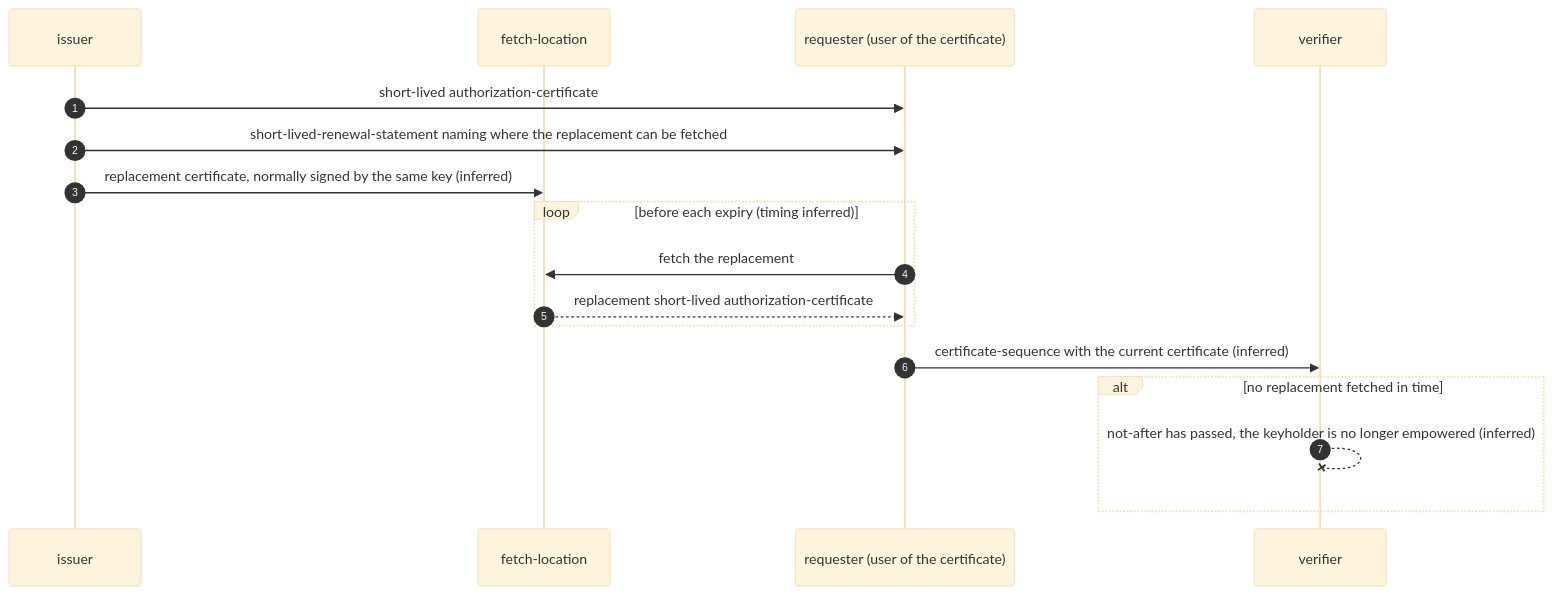
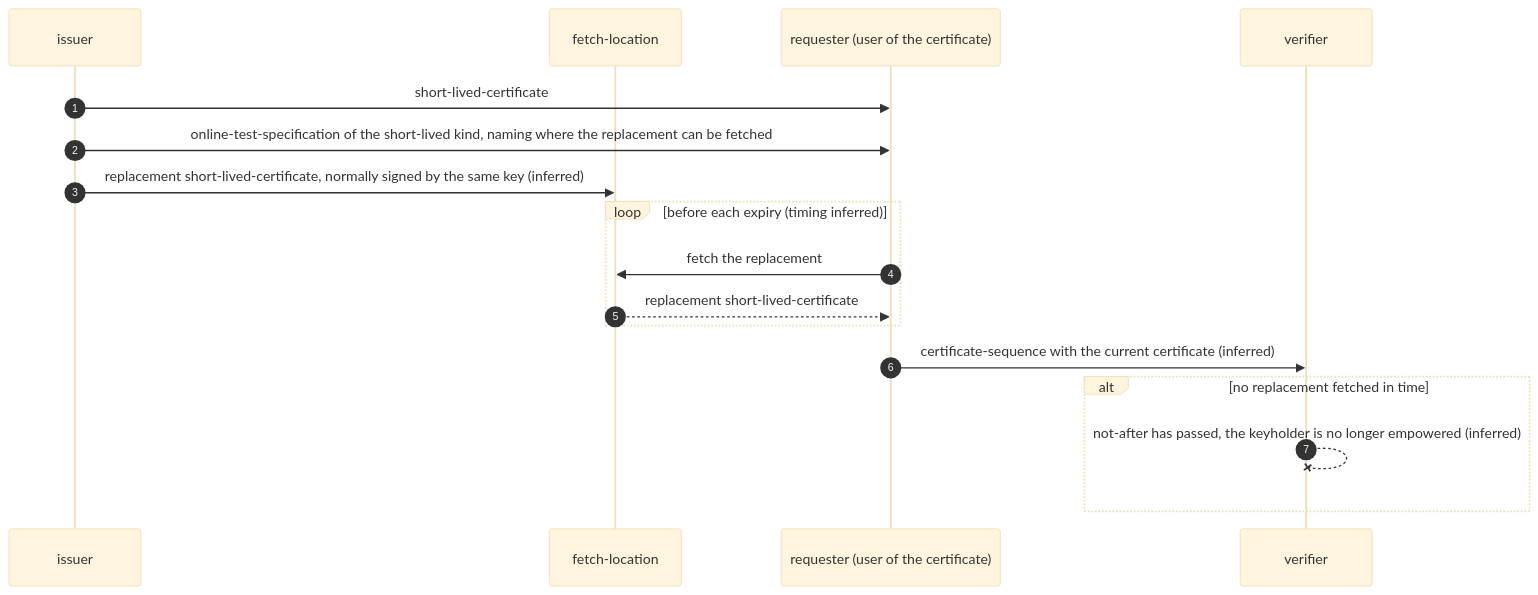
Before and after one commit to m-of-n/library: the seventh of 25 diagrams in records/ietf/rfc-2693/distilled/protocol.md, drawn with Mermaid (base theme). The commit also changed other lines of this file and 8 other files, not shown here.

````diff
--- a/records/ietf/rfc-2693/distilled/protocol.md
+++ b/records/ietf/rfc-2693/distilled/protocol.md
@@ -320,19 +317,19 @@
 ```mermaid
 sequenceDiagram
   autonumber
   participant I as issuer
   participant L as fetch-location
   participant R as requester (user of the certificate)
   participant V as verifier
-  I->>R: short-lived authorization-certificate
-  I->>R: short-lived-renewal-statement naming where the replacement can be fetched
-  I->>L: replacement certificate, normally signed by the same key (inferred)
+  I->>R: short-lived-certificate
+  I->>R: online-test-specification of the short-lived kind, naming where the replacement can be fetched
+  I->>L: replacement short-lived-certificate, normally signed by the same key (inferred)
   loop before each expiry (timing inferred)
     R->>L: fetch the replacement
-    L-->>R: replacement short-lived authorization-certificate
+    L-->>R: replacement short-lived-certificate
   end
   R->>V: certificate-sequence with the current certificate (inferred)
   alt no replacement fetched in time
     V--xV: not-after has passed, the keyholder is no longer empowered (inferred)
   end
 ```
````
